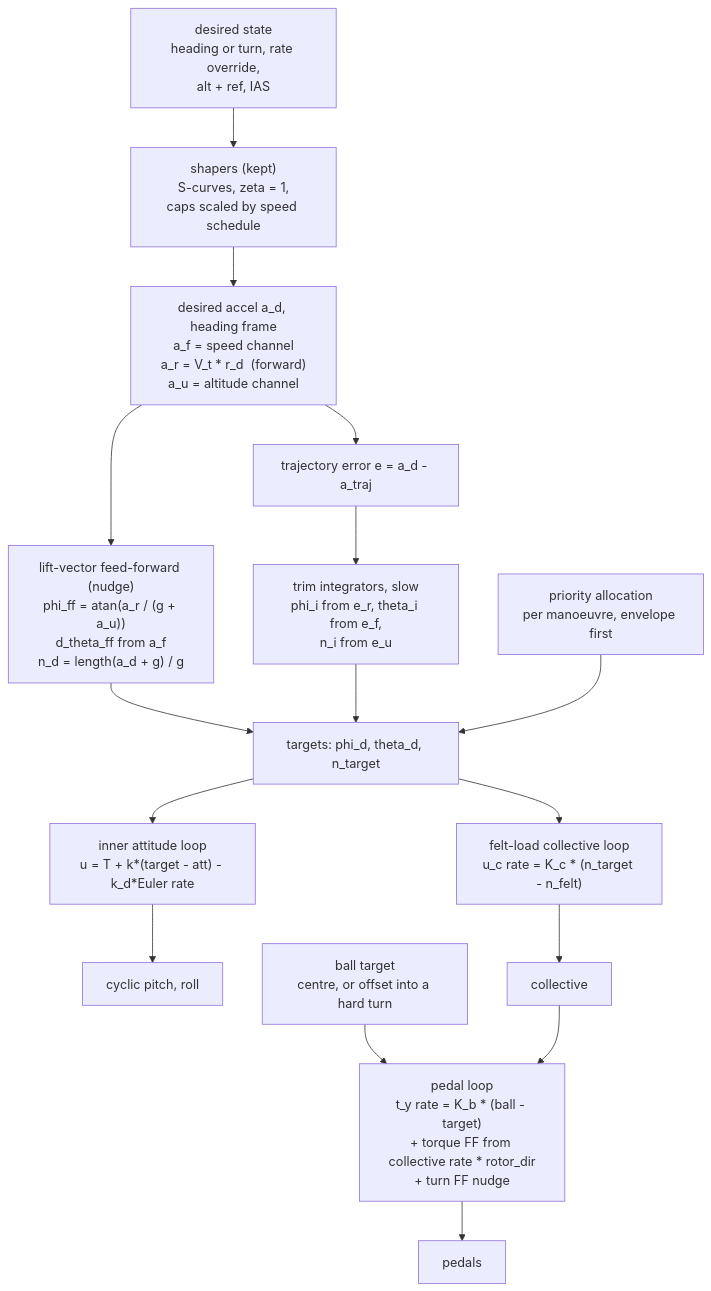
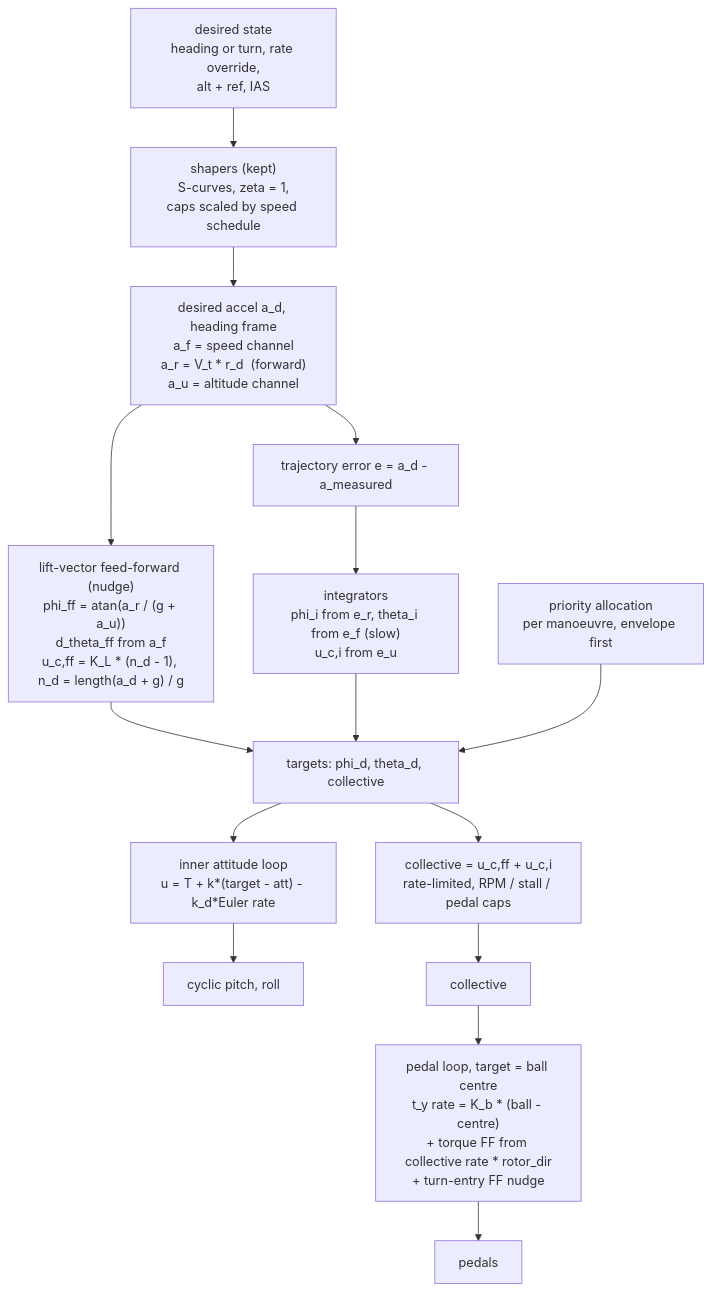
The third of 6 diagrams in plans/flight-lift-vector/plan.md (lightlyfallingrain/DCS-petrobrain), drawn with Mermaid before and after one commit. The commit also changed other lines of this file and 1 other file, not shown here.

First line of the commit message:
BL-16 lift-vector plan: amend with user's U1-U7 answers

````diff
--- a/plans/flight-lift-vector/plan.md
+++ b/plans/flight-lift-vector/plan.md
@@ -158,18 +195,18 @@
 ```mermaid
 flowchart TB
   D["desired state<br/>heading or turn, rate override,<br/>alt + ref, IAS"] --> S["shapers (kept)<br/>S-curves, zeta = 1,<br/>caps scaled by speed schedule"]
   S --> AD["desired accel a_d, heading frame<br/>a_f = speed channel<br/>a_r = V_t * r_d  (forward)<br/>a_u = altitude channel"]
-  AD --> FF["lift-vector feed-forward (nudge)<br/>phi_ff = atan(a_r / (g + a_u))<br/>d_theta_ff from a_f<br/>n_d = length(a_d + g) / g"]
-  AD --> E["trajectory error e = a_d - a_traj"]
-  E --> TI["trim integrators, slow<br/>phi_i from e_r, theta_i from e_f,<br/>n_i from e_u"]
-  FF --> T["targets: phi_d, theta_d, n_target"]
+  AD --> FF["lift-vector feed-forward (nudge)<br/>phi_ff = atan(a_r / (g + a_u))<br/>d_theta_ff from a_f<br/>u_c,ff = K_L * (n_d - 1), n_d = length(a_d + g) / g"]
+  AD --> E["trajectory error e = a_d - a_measured"]
+  E --> TI["integrators<br/>phi_i from e_r, theta_i from e_f (slow)<br/>u_c,i from e_u"]
+  FF --> T["targets: phi_d, theta_d, collective"]
   TI --> T
   PR["priority allocation<br/>per manoeuvre, envelope first"] --> T
   T --> IA["inner attitude loop<br/>u = T + k*(target - att) - k_d*Euler rate"]
-  T --> IC["felt-load collective loop<br/>u_c rate = K_c * (n_target - n_felt)"]
+  T --> IC["collective = u_c,ff + u_c,i<br/>rate-limited, RPM / stall / pedal caps"]
   IA --> CY["cyclic pitch, roll"]
   IC --> CO["collective"]
-  BALLT["ball target<br/>centre, or offset into a hard turn"] --> PD["pedal loop<br/>t_y rate = K_b * (ball - target)<br/>+ torque FF from collective rate * rotor_dir<br/>+ turn FF nudge"]
+  PD["pedal loop, target = ball centre<br/>t_y rate = K_b * (ball - centre)<br/>+ torque FF from collective rate * rotor_dir<br/>+ turn-entry FF nudge"]
   CO --> PD
   PD --> PE["pedals"]
 ```
````
